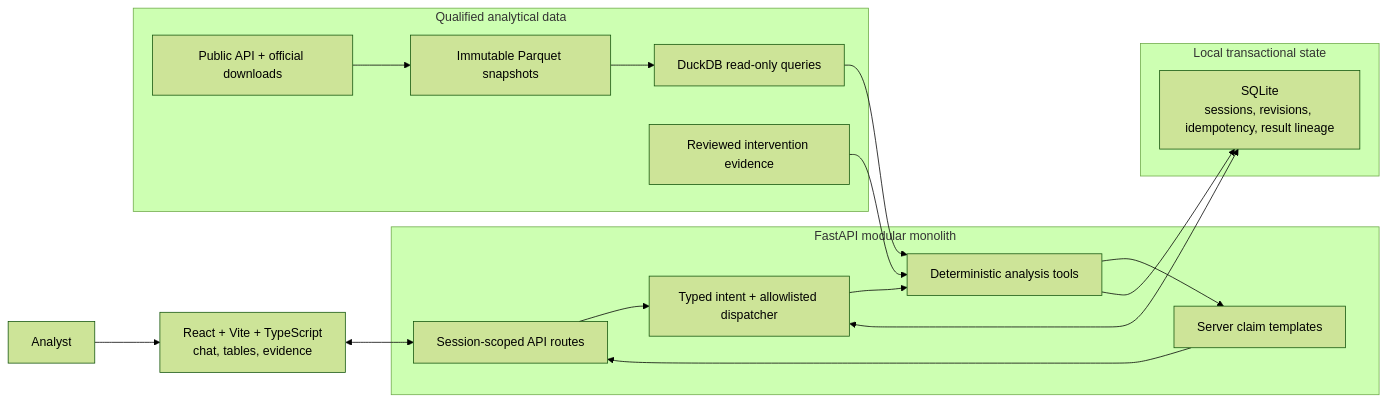
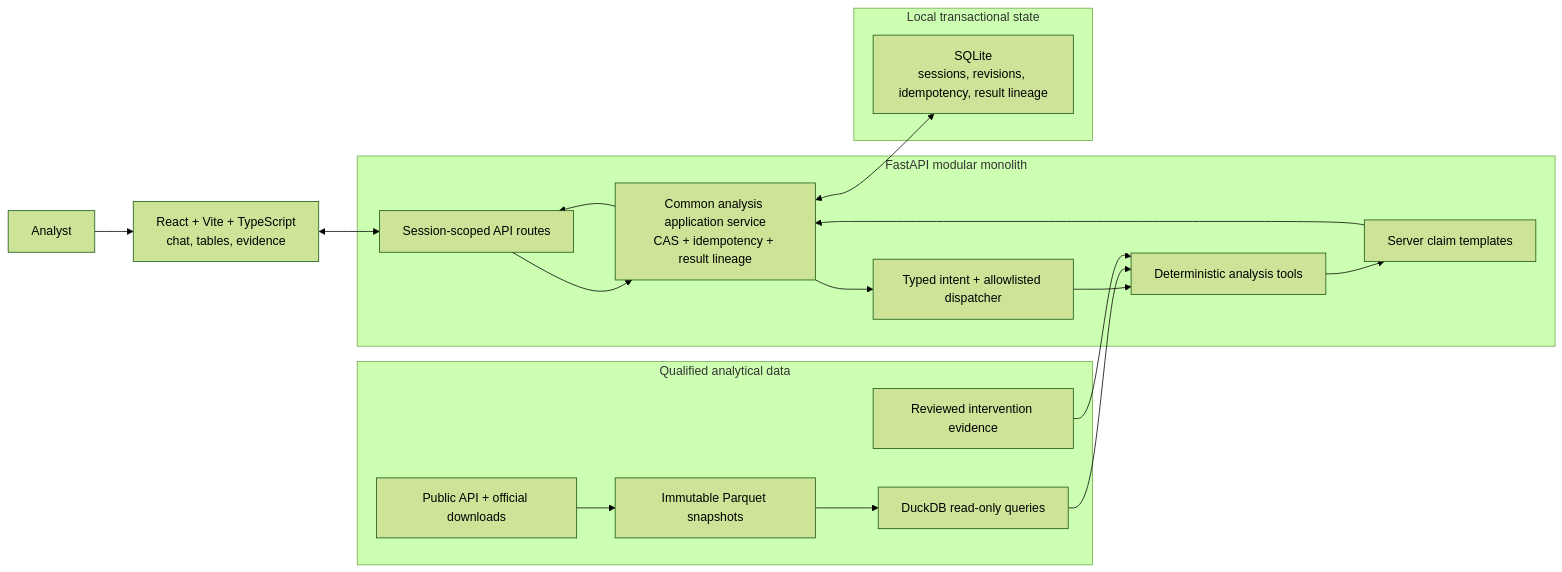
Before and after one commit to Bar-Bettash/deloitte-home-assignment: the first of 3 diagrams in README.md, drawn with Mermaid (forest theme). The commit also changed other lines of this file and 1 other file, not shown here.

````diff
--- a/README.md
+++ b/README.md
@@ -54,32 +56,34 @@
 ```mermaid
 flowchart LR
     Analyst[Analyst] --> UI[React + Vite + TypeScript<br/>chat, tables, evidence]
 
     subgraph Backend[FastAPI modular monolith]
       API[Session-scoped API routes]
+      Service[Common analysis application service<br/>CAS + idempotency + result lineage]
       Agent[Typed intent + allowlisted dispatcher]
       Tools[Deterministic analysis tools]
       Render[Server claim templates]
-      API --> Agent --> Tools --> Render --> API
+      API --> Service
+      Service --> Agent --> Tools --> Render --> Service
+      Service --> API
     end
 
     UI <--> API
 
     subgraph Data[Qualified analytical data]
       Sources[Public API + official downloads]
       Snapshots[Immutable Parquet snapshots]
       Query[DuckDB read-only queries]
       Evidence[Reviewed intervention evidence]
       Sources --> Snapshots --> Query
     end
 
     Query --> Tools
     Evidence --> Tools
 
     subgraph State[Local transactional state]
       SQLite[SQLite<br/>sessions, revisions, idempotency, result lineage]
     end
 
-    Agent <--> SQLite
-    Tools --> SQLite
+    Service <--> SQLite
 ```
````
